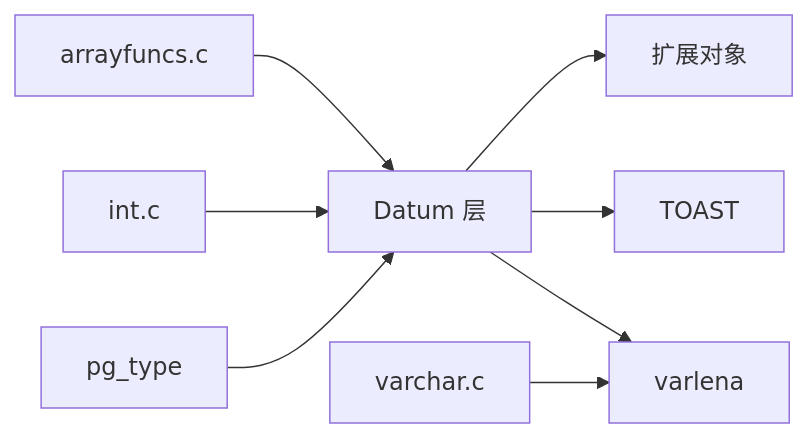
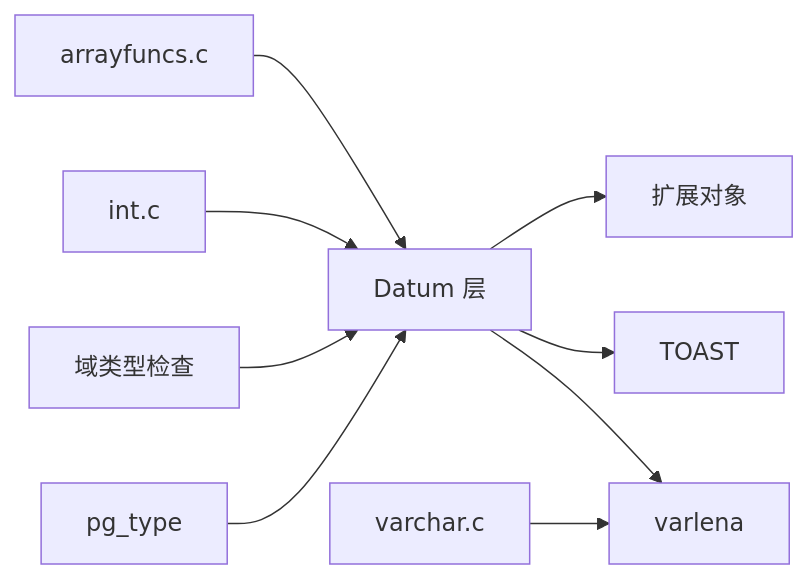
One commit to chirpyli/minipg changed the tenth of 10 diagrams in .qoder/repowiki/zh/content/扩展开发/自定义数据类型.md. Above: the diagram before and after it, drawn with Mermaid. The commit also changed other lines of this file and 362 other files, not shown here.

````diff
--- a/.qoder/repowiki/zh/content/扩展开发/自定义数据类型.md
+++ b/.qoder/repowiki/zh/content/扩展开发/自定义数据类型.md
@@ -324,10 +384,11 @@
 ```mermaid
 graph LR
 PGTYPE["pg_type"] --> DATUM["Datum 层"]
 DATUM --> VARLENA["varlena"]
 DATUM --> TOAST["TOAST"]
 DATUM --> EXP["扩展对象"]
+DOMAIN["域类型检查"] --> DATUM
 INT["int.c"] --> DATUM
 VARCHAR["varchar.c"] --> VARLENA
 ARRAY["arrayfuncs.c"] --> DATUM
 ```
````
